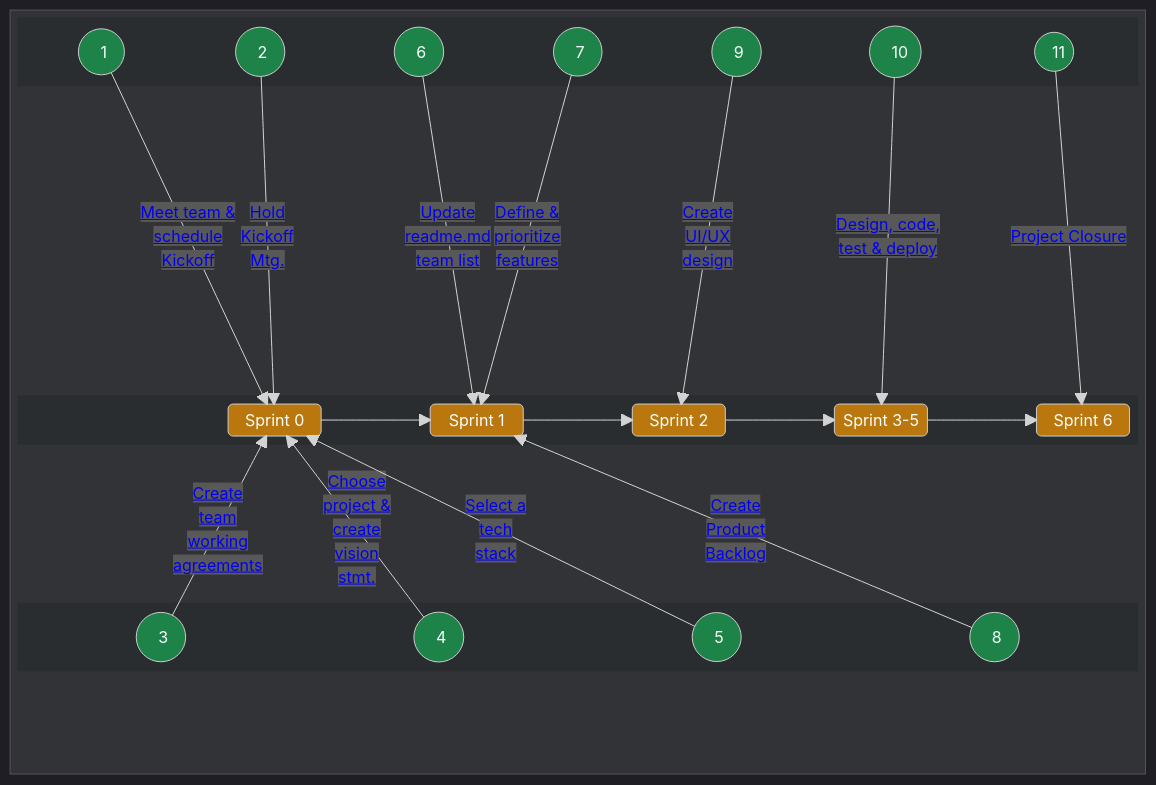
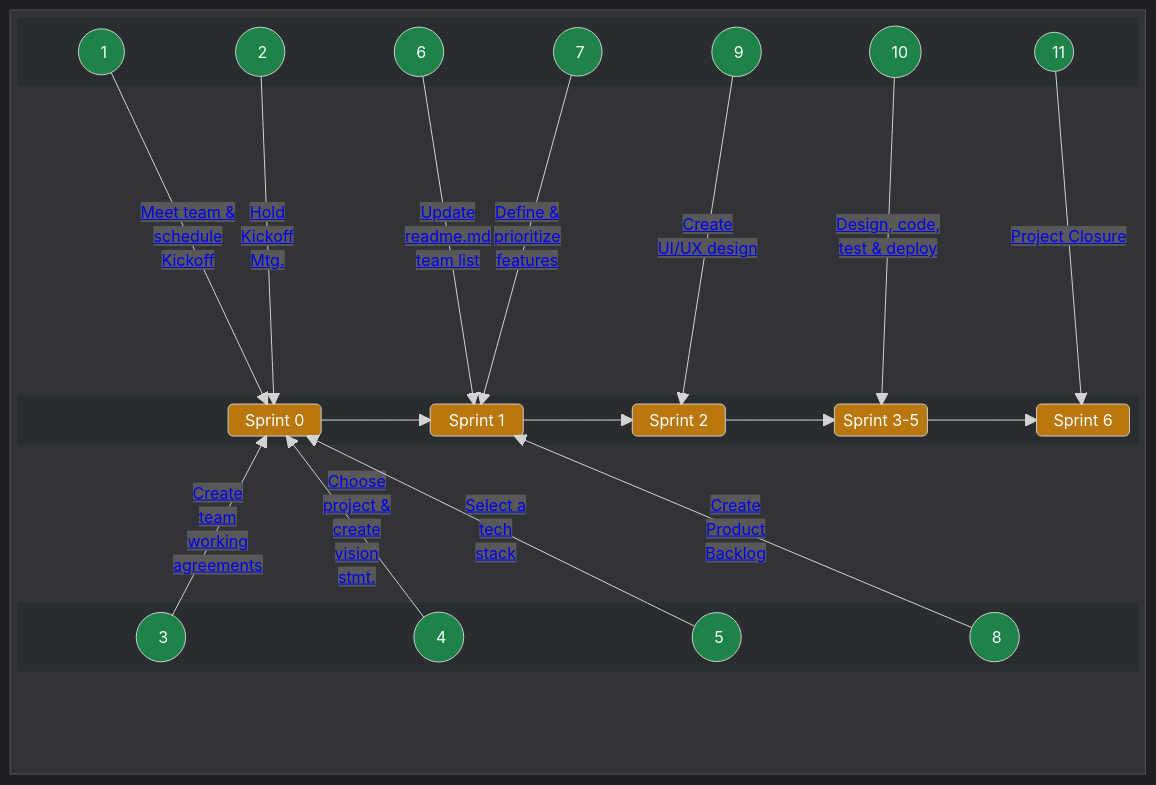
Before and after one commit to chingu-voyages/Handbook: the first of 2 diagrams in docs/guides/voyage/voyage.md, drawn with Mermaid.

Commit message:
Feature: Update sprint diagram task ordering

```diff
--- a/docs/guides/voyage/voyage.md
+++ b/docs/guides/voyage/voyage.md
@@ -116,7 +116,7 @@
       A6 -- "<a href="https://github.com/chingu-voyages/Handbook/blob/main/docs/guides/voyage/voyage.md#6-add-your-info-to-the-team-list-in-your-readmemd-%EF%B8%8F">Update</br>readme.md</br>team list<a/>" --> SPRINT1
       A7 -- "<a href="https://github.com/chingu-voyages/Handbook/blob/main/docs/guides/voyage/voyage.md#7-define--prioritize-mvp-features-">Define &</br>prioritize</br>features</a>" --> SPRINT1
       A8 -- "<a href="https://github.com/chingu-voyages/Handbook/blob/main/docs/guides/voyage/voyage.md#8-setup-product-backlog-">Create</br>Product</br>Backlog</a>" --> SPRINT1
-      A9 -- "<a href="https://github.com/chingu-voyages/Handbook/blob/main/docs/guides/voyage/voyage.md#9-create-a-low-fidelity-wireframe-%EF%B8%8F">Create</br>UI/UX</br>design</a>" --> SPRINT2
+      A9 -- "<a href="https://github.com/chingu-voyages/Handbook/blob/main/docs/guides/voyage/voyage.md#9-create-a-low-fidelity-wireframe-%EF%B8%8F">Create</br>UI/UX design</a>" --> SPRINT2
       A10 -- "<a href="https://github.com/chingu-voyages/Handbook/blob/main/docs/guides/voyage/voyage.md#10-sprint-3-5---reaching-your-mvp-">Design, code,</br>test & deploy</a>" --> SPRINTS35
       A11 -- "<a href="https://github.com/chingu-voyages/Handbook/blob/main/docs/guides/voyage/voyage.md#11-sprint-3-5---reaching-your-mvp-">Project Closure</a>" --> SPRINT6
     end
```
